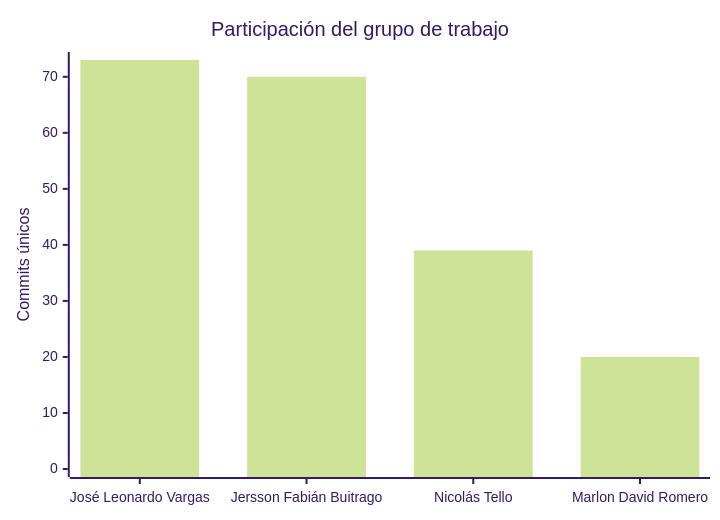
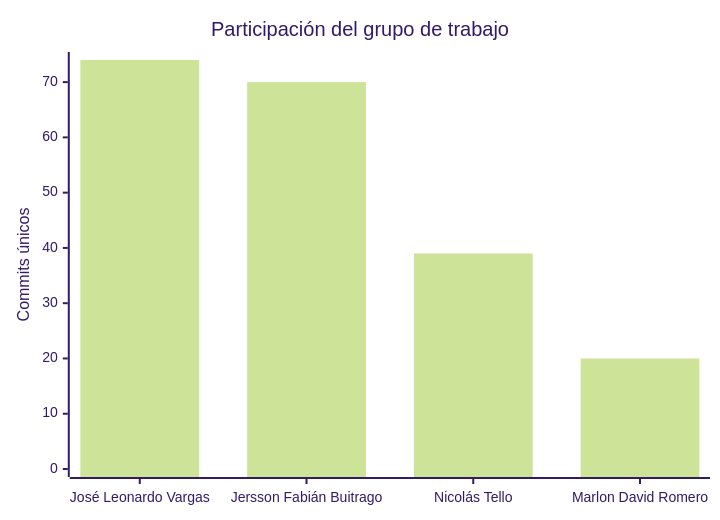
Before and after one commit to FarmaExpres/FarmaExpres: the second of 2 diagrams in README.md, drawn with Mermaid (forest theme). The commit also changed other lines of this file and 1 other file, not shown here.

````diff
--- a/README.md
+++ b/README.md
@@ -326,7 +326,7 @@
 ```mermaid
 xychart-beta
     title "Participación del grupo de trabajo"
     x-axis ["José Leonardo Vargas", "Jersson Fabián Buitrago", "Nicolás Tello", "Marlon David Romero"]
-    y-axis "Commits únicos" 0 --> 73
-    bar [73, 70, 39, 20]
+    y-axis "Commits únicos" 0 --> 74
+    bar [74, 70, 39, 20]
 ```
````
